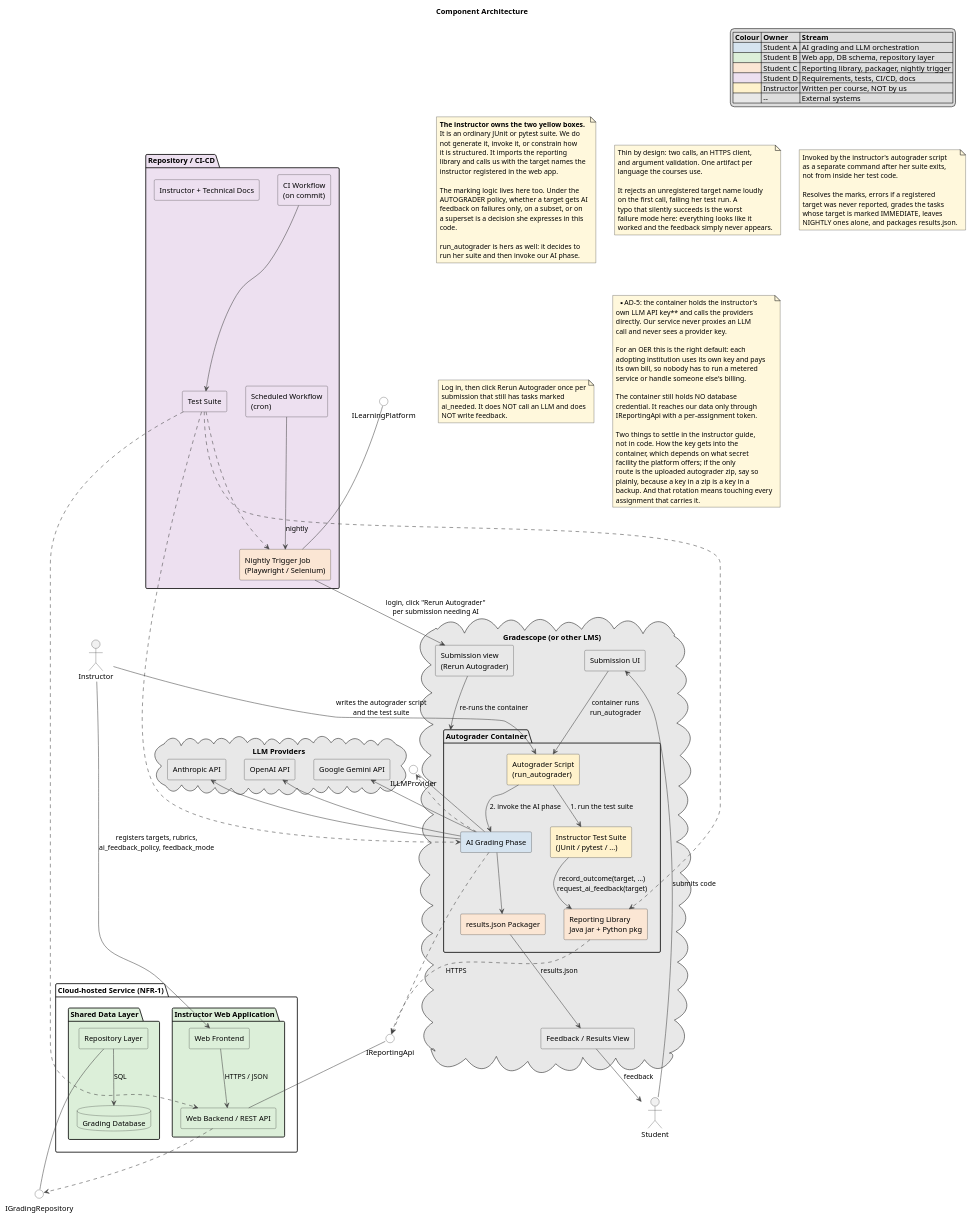
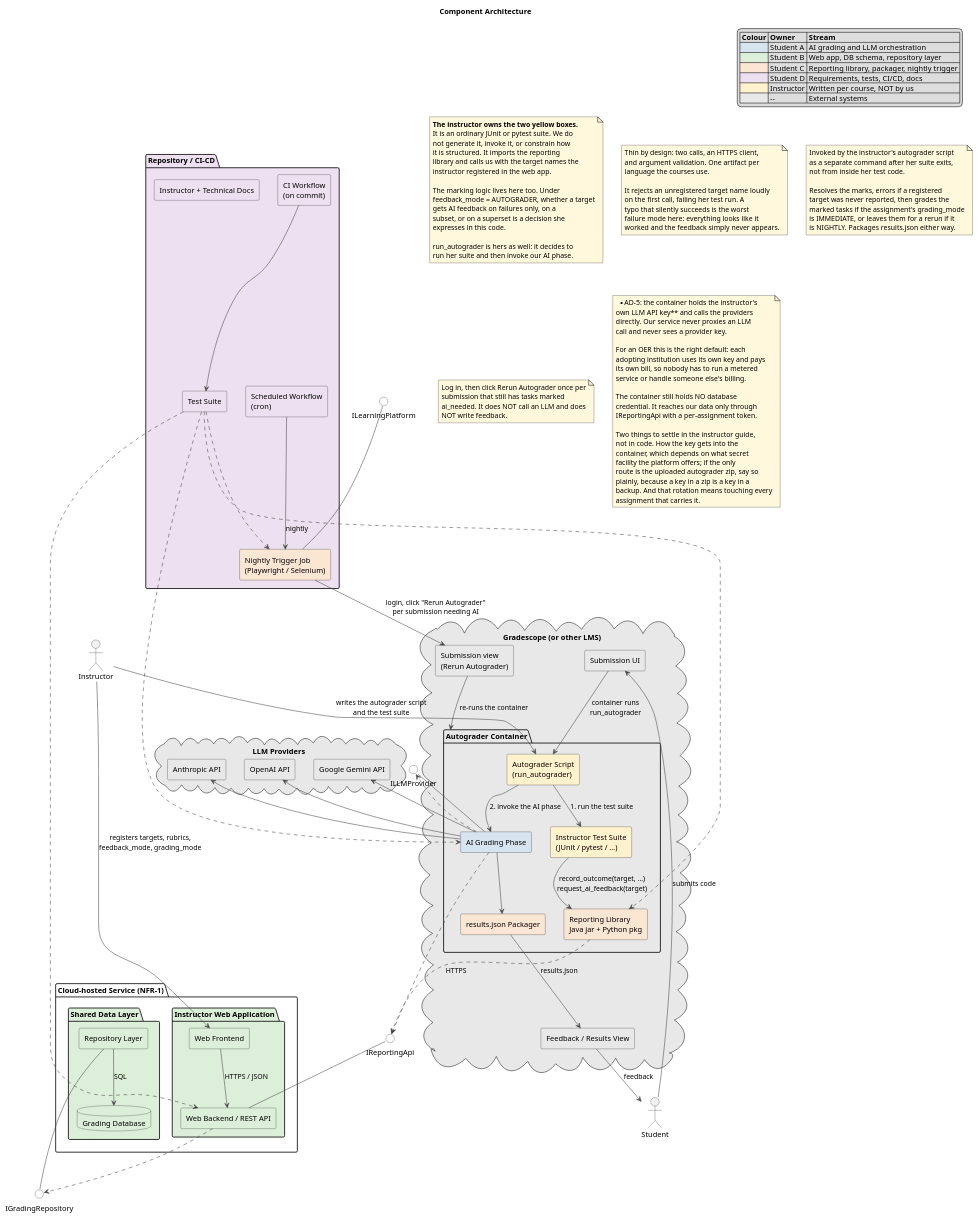
The diagram in docs/architecture/01-component.puml (AI-Assisted-Autograder/ai-assisted-autograder), drawn with PlantUML before and after one commit. The commit also changed 8 other files, not shown here.

```diff
--- a/docs/architecture/01-component.puml
+++ b/docs/architecture/01-component.puml
@@ -106,7 +106,7 @@
 ' ---------------------------------------------------------------------
 ' Wiring
 ' ---------------------------------------------------------------------
-instr --> fe : registers targets, rubrics,\nai_feedback_policy, feedback_mode
+instr --> fe : registers targets, rubrics,\nfeedback_mode, grading_mode
 instr --> script : writes the autograder script\nand the test suite
 fe --> be : HTTPS / JSON
 be ..> IRepo
@@ -148,11 +148,11 @@
   library and calls us with the target names the
   instructor registered in the web app.
 
-  The marking logic lives here too. Under the
-  AUTOGRADER policy, whether a target gets AI
-  feedback on failures only, on a subset, or on
-  a superset is a decision she expresses in this
-  code.
+  The marking logic lives here too. Under
+  feedback_mode = AUTOGRADER, whether a target
+  gets AI feedback on failures only, on a
+  subset, or on a superset is a decision she
+  expresses in this code.
 
   run_autograder is hers as well: it decides to
   run her suite and then invoke our AI phase.
@@ -176,9 +176,10 @@
   not from inside her test code.
 
   Resolves the marks, errors if a registered
-  target was never reported, grades the tasks
-  whose target is marked IMMEDIATE, leaves
-  NIGHTLY ones alone, and packages results.json.
+  target was never reported, then grades the
+  marked tasks if the assignment's grading_mode
+  is IMMEDIATE, or leaves them for a rerun if it
+  is NIGHTLY. Packages results.json either way.
 end note
 
 note as N_TRIG #FFF8DC
```
